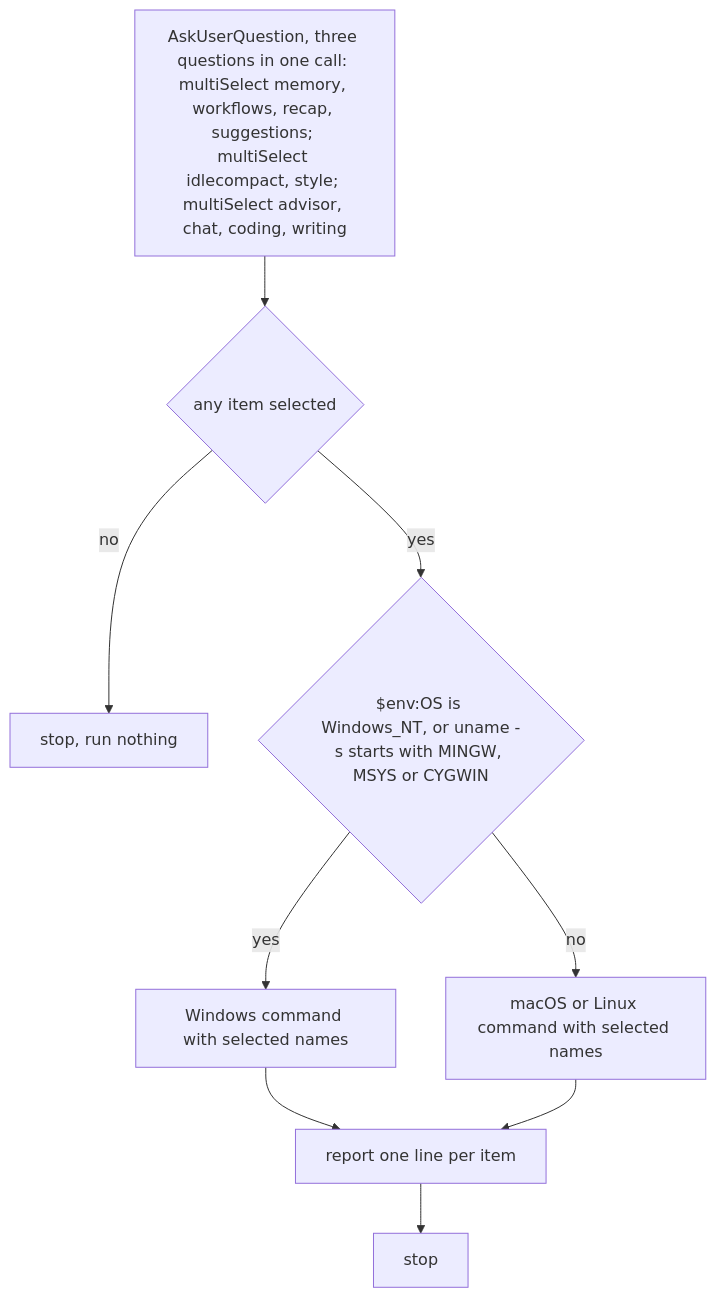
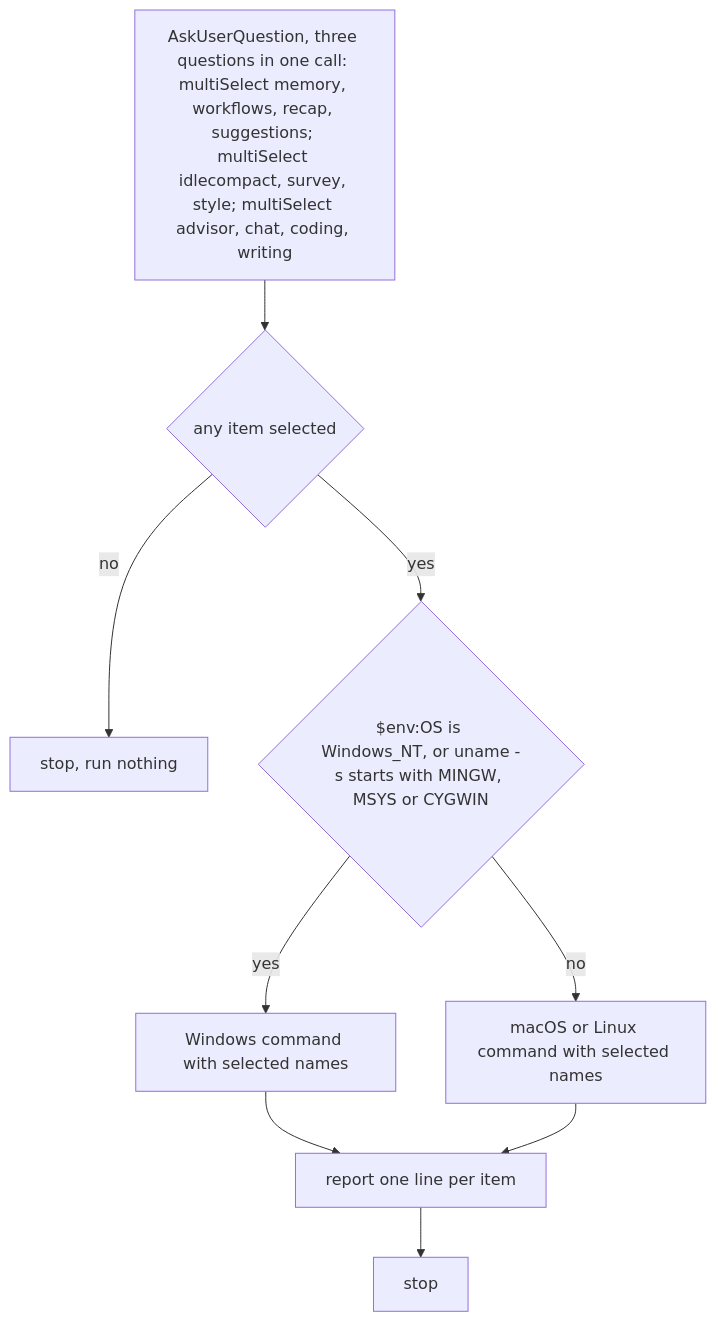
Before and after one commit to XVE-BV/claude-marketplace: the diagram in plugins/starter/skills/setup/SKILL.md, drawn with Mermaid. The commit also changed other lines of this file and 6 other files, not shown here.

````diff
--- a/plugins/starter/skills/setup/SKILL.md
+++ b/plugins/starter/skills/setup/SKILL.md
@@ -33,9 +35,9 @@
 ```mermaid
 flowchart TD
-  ask["AskUserQuestion, three questions in one call: multiSelect memory, workflows, recap, suggestions; multiSelect idlecompact, style; multiSelect advisor, chat, coding, writing"] --> any{"any item selected"}
+  ask["AskUserQuestion, three questions in one call: multiSelect memory, workflows, recap, suggestions; multiSelect idlecompact, survey, style; multiSelect advisor, chat, coding, writing"] --> any{"any item selected"}
   any -->|no| stop["stop, run nothing"]
   any -->|yes| os{"$env:OS is Windows_NT, or uname -s starts with MINGW, MSYS or CYGWIN"}
   os -->|yes| win["Windows command with selected names"]
   os -->|no| nix["macOS or Linux command with selected names"]
   win & nix --> report["report one line per item"] --> done["stop"]
 ```
````
